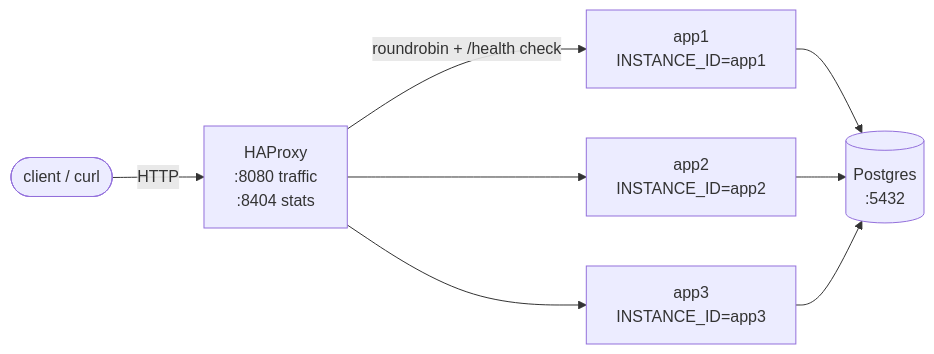
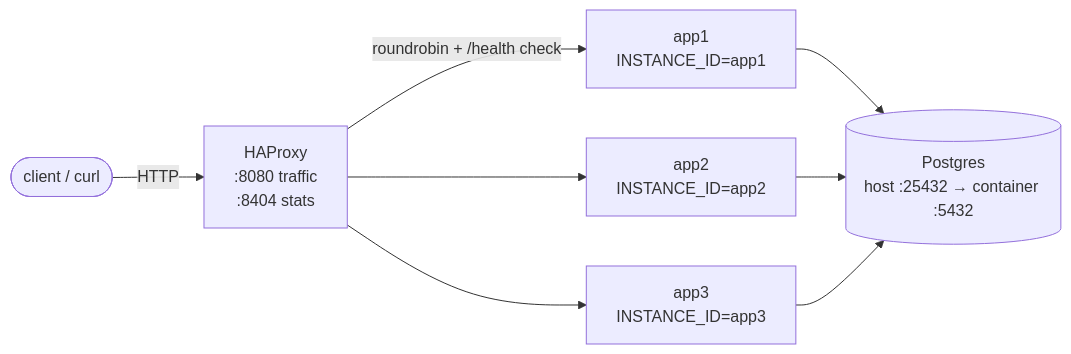
Before and after one commit to endymuhardin/training-sre-junior-2026-01: the first of 3 diagrams in sample-apps/hello-db/README-ha.md, drawn with Mermaid. The commit also changed other lines of this file and 2 other files, not shown here.

````diff
--- a/sample-apps/hello-db/README-ha.md
+++ b/sample-apps/hello-db/README-ha.md
@@ -20,17 +20,17 @@
 ```mermaid
 flowchart LR
   client([client / curl])
   lb[HAProxy<br/>:8080 traffic<br/>:8404 stats]
   app1[app1<br/>INSTANCE_ID=app1]
   app2[app2<br/>INSTANCE_ID=app2]
   app3[app3<br/>INSTANCE_ID=app3]
-  db[(Postgres<br/>:5432)]
+  db[(Postgres<br/>host :25432 → container :5432)]
 
   client -->|HTTP| lb
   lb -->|roundrobin + /health check| app1
   lb --> app2
   lb --> app3
   app1 --> db
   app2 --> db
   app3 --> db
 ```
````
